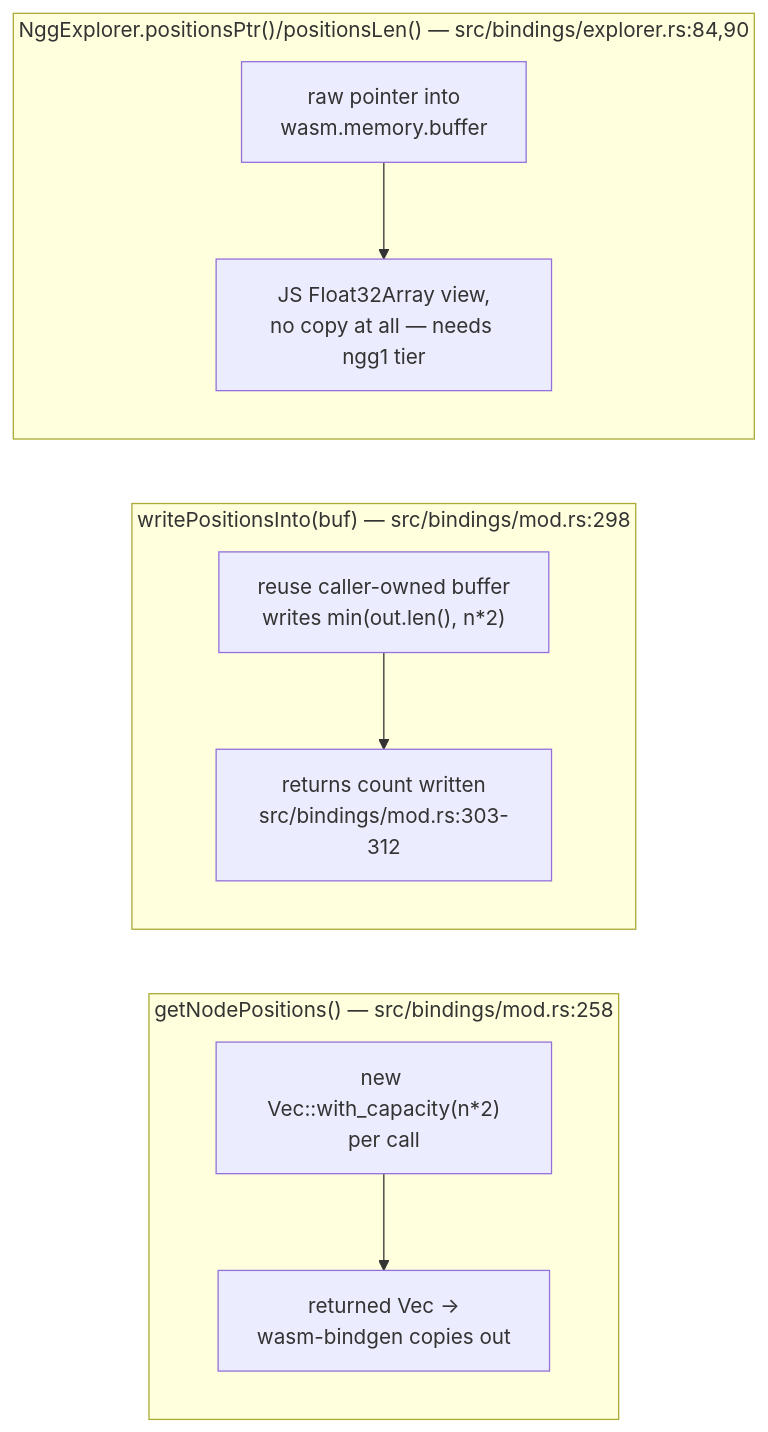
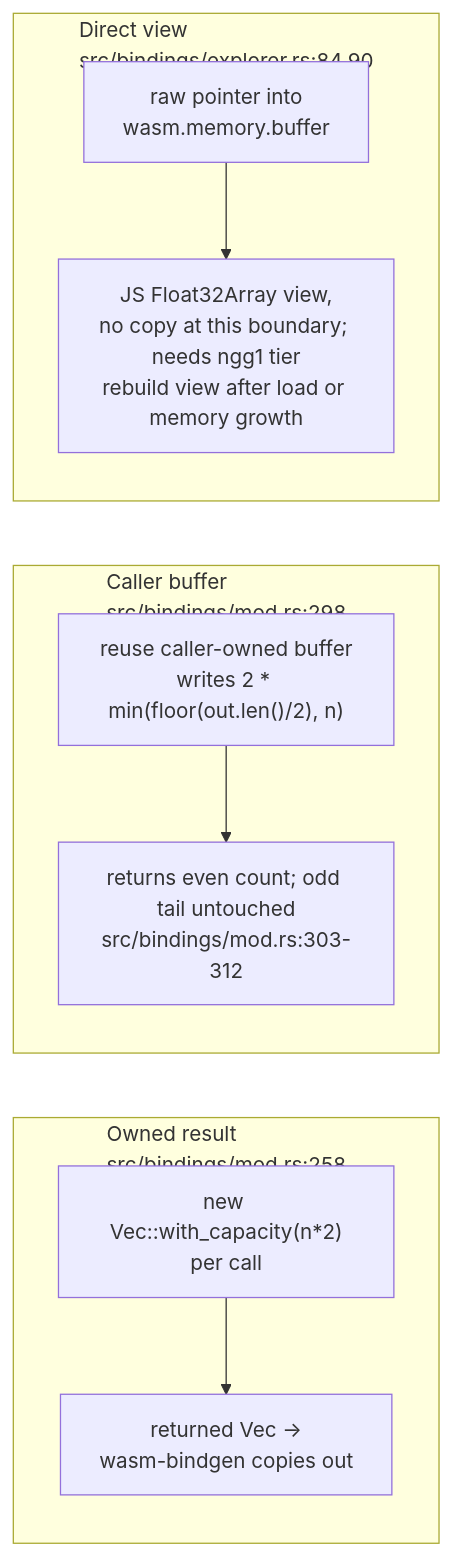
Before and after one commit to DreamLab-AI/VisionFlow: the second of 7 diagrams in docs/diagrams/vowl-wasm/04-js-api-examples-and-consumers.md, drawn with Mermaid. The commit also changed other lines of this file and 27 other files, not shown here.

````diff
--- a/docs/diagrams/vowl-wasm/04-js-api-examples-and-consumers.md
+++ b/docs/diagrams/vowl-wasm/04-js-api-examples-and-consumers.md
@@ -53,12 +46,12 @@
 ```mermaid
 flowchart LR
-    subgraph Alloc["getNodePositions() — src/bindings/mod.rs:258"]
+    subgraph Alloc["Owned result<br/>src/bindings/mod.rs:258"]
         A1["new Vec::with_capacity(n*2)<br/>per call"] --> A2["returned Vec<f32> →<br/>wasm-bindgen copies out"]
     end
-    subgraph NoAlloc["writePositionsInto(buf) — src/bindings/mod.rs:298"]
-        B1["reuse caller-owned buffer<br/>writes min(out.len(), n*2)"] --> B2["returns count written<br/>src/bindings/mod.rs:303-312"]
+    subgraph Reuse["Caller buffer<br/>src/bindings/mod.rs:298"]
+        B1["reuse caller-owned buffer<br/>writes 2 * min(floor(out.len()/2), n)"] --> B2["returns even count; odd tail untouched<br/>src/bindings/mod.rs:303-312"]
     end
-    subgraph ZeroCopy["NggExplorer.positionsPtr()/positionsLen() — src/bindings/explorer.rs:84,90"]
-        C1["raw pointer into<br/>wasm.memory.buffer"] --> C2["JS Float32Array view,<br/>no copy at all — needs ngg1 tier"]
+    subgraph ZeroCopy["Direct view<br/>src/bindings/explorer.rs:84,90"]
+        C1["raw pointer into<br/>wasm.memory.buffer"] --> C2["JS Float32Array view,<br/>no copy at this boundary; needs ngg1 tier<br/>rebuild view after load or memory growth"]
     end
 ```
````
